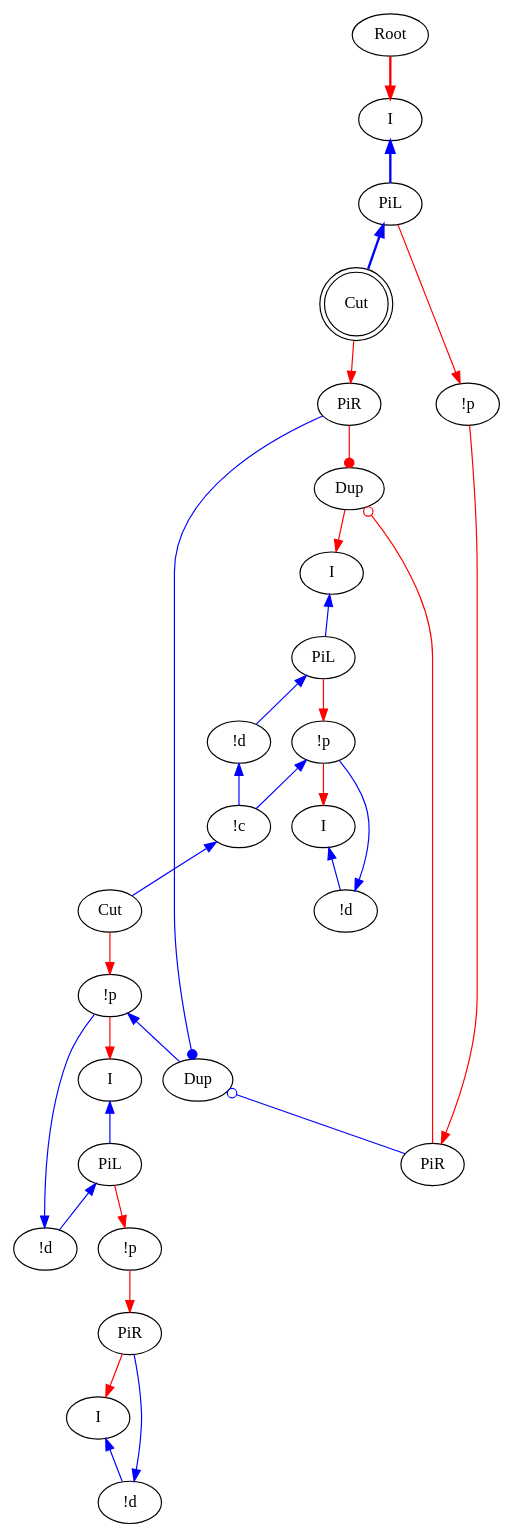
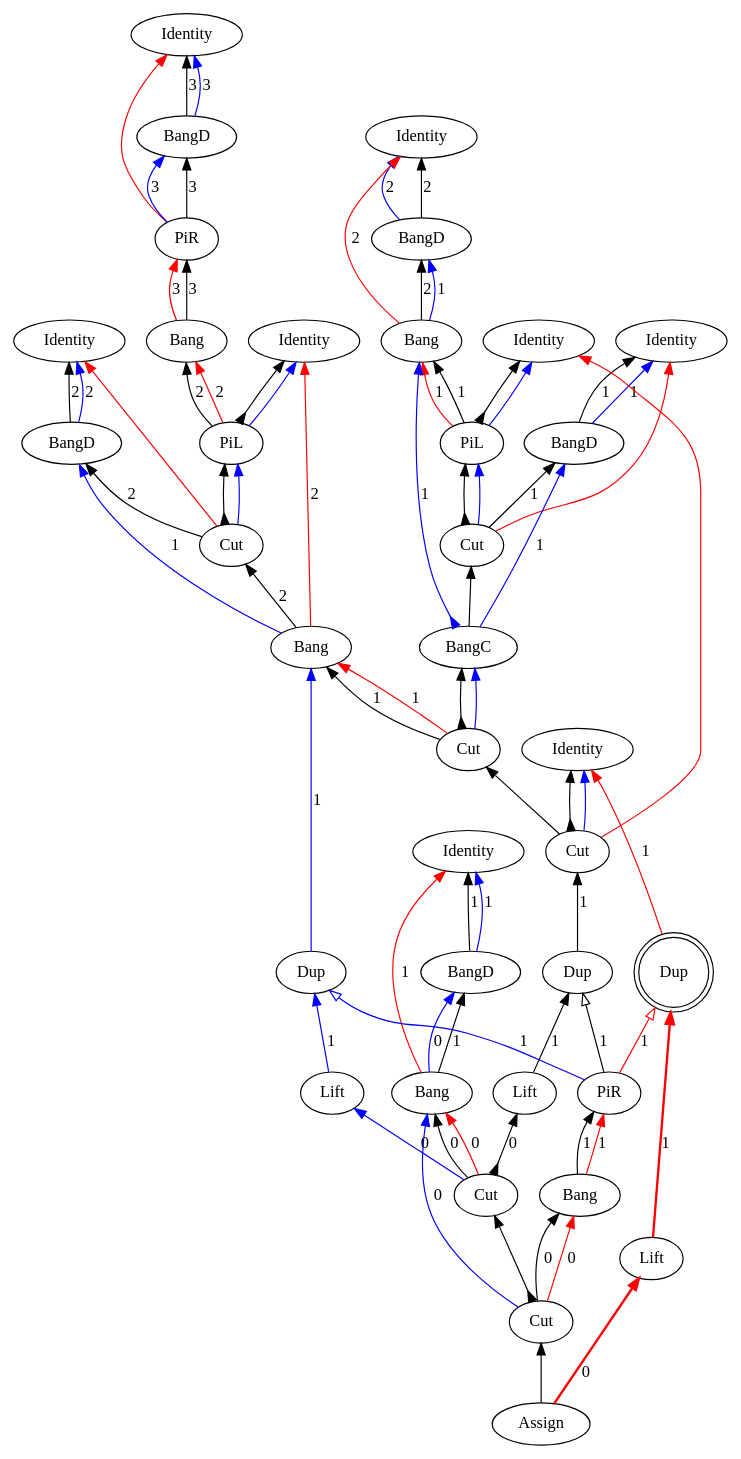
One commit to Mathnerd314/stroscot changed the diagram in src/core/graphs/example_m_12.dot. Above: the diagram before and after it, drawn with Graphviz. The commit also changed 319 other files, not shown here.

```diff
--- a/src/core/graphs/example_m_12.dot
+++ b/src/core/graphs/example_m_12.dot
@@ -1,58 +1,111 @@
 digraph {
-"Root0" [label="Root"]
-"PiL0" [label="PiL"]
-"PiL1" [label="PiL"]
-"!d0" [label="!d"]
-"!c0" [label="!c"]
-"!p0" [label="!p"]
-"I0" [label="I"]
-"!d1" [label="!d"]
-"!p1" [label="!p"]
-"I1" [label="I"]
-"PiL2" [label="PiL"]
-"!d2" [label="!d"]
-"!p2" [label="!p"]
-"I2" [label="I"]
-"!d3" [label="!d"]
-"I3" [label="I"]
-"Cut0" [label="Cut",shape=doublecircle]
-"PiR0" [label="PiR"]
-"Cut1" [label="Cut"]
-"I4" [label="I"]
-"!p3" [label="!p"]
-"PiR1" [label="PiR"]
+rankdir="BT"
+"Identity0" [label="Identity"]
+"BangD1" [label="BangD"]
 "PiR2" [label="PiR"]
-"Dup0_0" [label="Dup"]
-"Dup0_1" [label="Dup"]
-"Cut0" -> "PiR1"[color=red,tooltip="e2"]
-"Dup0_0" -> "PiR1"[color=blue,tooltip="e4",arrowtail=dot,dir=back]
-"Dup0_0" -> "PiR2"[color=blue,tooltip="e5",arrowtail=odot,dir=back]
-"PiR1" -> "Dup0_1"[color=red,tooltip="e6",arrowhead=dot]
-"PiR2" -> "Dup0_1"[color=red,tooltip="e7",arrowhead=odot]
-"!p1" -> "Dup0_0"[color=blue,tooltip="h",dir=back]
-"!d2" -> "!p1"[color=blue,tooltip="hj",dir=back]
-"I1" -> "PiL2"[color=blue,tooltip="hl2",dir=back]
-"PiL2" -> "!d2"[color=blue,tooltip="hl21",dir=back]
-"!p2" -> "PiR0"[color=red,tooltip="hl2i"]
-"PiL2" -> "!p2"[color=red,tooltip="hl2p"]
-"!p1" -> "I1"[color=red,tooltip="hli"]
-"Cut1" -> "!p1"[color=red,tooltip="hlp"]
-"Dup0_1" -> "I4"[color=red,tooltip="hr"]
-"!d3" -> "PiR0"[color=blue,tooltip="i",dir=back]
-"I2" -> "!d3"[color=blue,tooltip="il",dir=back]
-"PiR0" -> "I2"[color=red,tooltip="ir"]
-"Root0" -> "I3"[color=red,tooltip="rettop",penwidth=2]
-"I3" -> "PiL0"[color=blue,tooltip="xl",penwidth=2,dir=back]
-"PiL0" -> "Cut0"[color=blue,tooltip="xl1",penwidth=2,dir=back]
-"!p3" -> "PiR2"[color=red,tooltip="xli"]
-"PiL0" -> "!p3"[color=red,tooltip="xlp"]
-"!c0" -> "Cut1"[color=blue,tooltip="y",dir=back]
-"!d0" -> "!c0"[color=blue,tooltip="y1",dir=back]
-"!p0" -> "!c0"[color=blue,tooltip="y2",dir=back]
-"!d1" -> "!p0"[color=blue,tooltip="yj",dir=back]
-"I4" -> "PiL1"[color=blue,tooltip="yl",dir=back]
-"PiL1" -> "!d0"[color=blue,tooltip="yl1",dir=back]
-"I0" -> "!d1"[color=blue,tooltip="yl2",dir=back]
-"!p0" -> "I0"[color=red,tooltip="yli"]
-"PiL1" -> "!p0"[color=red,tooltip="ylp"]
+"Bang3" [label="Bang"]
+"Identity4" [label="Identity"]
+"PiL5" [label="PiL"]
+"Identity6" [label="Identity"]
+"BangD7" [label="BangD"]
+"Cut8" [label="Cut"]
+"Bang9" [label="Bang"]
+"Identity10" [label="Identity"]
+"Identity11" [label="Identity"]
+"BangD12" [label="BangD"]
+"Bang13" [label="Bang"]
+"Identity14" [label="Identity"]
+"PiL15" [label="PiL"]
+"Identity16" [label="Identity"]
+"BangD17" [label="BangD"]
+"Cut18" [label="Cut"]
+"BangC19" [label="BangC"]
+"Identity20" [label="Identity"]
+"BangD21" [label="BangD"]
+"Bang22" [label="Bang"]
+"Assign23" [label="Assign"]
+"Cut24" [label="Cut"]
+"Cut25" [label="Cut"]
+"Bang26" [label="Bang"]
+"Cut27" [label="Cut"]
+"PiR28" [label="PiR"]
+"Dup29" [label="Dup"]
+"Dup30" [label="Dup"]
+"Dup31" [label="Dup",shape=doublecircle]
+"Lift32" [label="Lift"]
+"Lift33" [label="Lift"]
+"Lift34" [label="Lift"]
+"Cut35" [label="Cut"]
+"Bang22" -> "BangD21"[color=black,weight=5,tooltip="c_bseq24",label="1",arrowhead=normal,arrowtail=none,dir=both]
+"Bang13" -> "BangD12"[color=black,weight=5,tooltip="c_bseq58",label="2",arrowhead=normal,arrowtail=none,dir=both]
+"Bang9" -> "Cut8"[color=black,weight=5,tooltip="c_bseq67",label="2",arrowhead=normal,arrowtail=none,dir=both]
+"Bang3" -> "PiR2"[color=black,weight=5,tooltip="c_bseq79",label="3",arrowhead=normal,arrowtail=none,dir=both]
+"Bang26" -> "PiR28"[color=black,weight=5,tooltip="c_bseq91",label="1",arrowhead=normal,arrowtail=none,dir=both]
+"Cut18" -> "PiL15"[color=black,weight=5,tooltip="c_lseq46",arrowhead=normal,arrowtail=inv,dir=both]
+"Cut8" -> "PiL5"[color=black,weight=5,tooltip="c_lseq68",arrowhead=normal,arrowtail=inv,dir=both]
+"Cut18" -> "BangD17"[color=black,weight=5,tooltip="c_rseq47",label="1",arrowhead=normal,arrowtail=none,dir=both]
+"Cut8" -> "BangD7"[color=black,weight=5,tooltip="c_rseq69",label="2",arrowhead=normal,arrowtail=none,dir=both]
+"Cut35" -> "Bang22"[color=black,weight=5,tooltip="dseq20",label="0",arrowhead=normal,arrowtail=none,dir=both]
+"PiL15" -> "Bang13"[color=black,weight=5,tooltip="dseq54",label="1",arrowhead=normal,arrowtail=none,dir=both]
+"Cut24" -> "Bang9"[color=black,weight=5,tooltip="dseq63",label="1",arrowhead=normal,arrowtail=none,dir=both]
+"PiL5" -> "Bang3"[color=black,weight=5,tooltip="dseq76",label="2",arrowhead=normal,arrowtail=none,dir=both]
+"Cut27" -> "Bang26"[color=black,weight=5,tooltip="dseq93",label="0",arrowhead=normal,arrowtail=none,dir=both]
+"Lift33" -> "Dup30"[color=blue,weight=2,tooltip="h101",label="1",arrowhead=normal,arrowtail=none,dir=both]
+"PiR28" -> "Dup30"[color=blue,weight=2,tooltip="h105",label="1",arrowhead=onormal,arrowtail=none,dir=both]
+"Cut35" -> "Lift33"[color=blue,weight=2,tooltip="h109",label="0",arrowhead=normal,arrowtail=none,dir=both]
+"Dup30" -> "Bang9"[color=blue,weight=2,tooltip="h34",label="1",arrowhead=normal,arrowtail=none,dir=both]
+"Bang9" -> "BangD7"[color=blue,weight=2,tooltip="hf65",label="1",arrowhead=normal,arrowtail=none,dir=both]
+"BangD7" -> "Identity6"[color=blue,weight=2,tooltip="hret73",label="2",arrowhead=normal,arrowtail=none,dir=both]
+"BangD7" -> "Identity6"[color=black,weight=5,tooltip="hseq72",label="2",arrowhead=normal,arrowtail=none,dir=both]
+"PiR2" -> "BangD1"[color=blue,weight=2,tooltip="i81",label="3",arrowhead=normal,arrowtail=none,dir=both]
+"PiL15" -> "Identity14"[color=black,weight=5,tooltip="idseq55",arrowhead=normal,arrowtail=inv,dir=both]
+"Cut25" -> "Identity10"[color=black,weight=5,tooltip="idseq64",arrowhead=normal,arrowtail=inv,dir=both]
+"PiL5" -> "Identity4"[color=black,weight=5,tooltip="idseq77",arrowhead=normal,arrowtail=inv,dir=both]
+"BangD1" -> "Identity0"[color=blue,weight=2,tooltip="iret84",label="3",arrowhead=normal,arrowtail=none,dir=both]
+"BangD1" -> "Identity0"[color=black,weight=5,tooltip="iseq83",label="3",arrowhead=normal,arrowtail=none,dir=both]
+"PiL15" -> "Identity14"[color=blue,weight=2,tooltip="lret53",arrowhead=normal,arrowtail=none,dir=both]
+"Cut25" -> "Identity10"[color=blue,weight=2,tooltip="lret62",arrowhead=normal,arrowtail=none,dir=both]
+"PiL5" -> "Identity4"[color=blue,weight=2,tooltip="lret75",arrowhead=normal,arrowtail=none,dir=both]
+"Cut18" -> "PiL15"[color=blue,weight=2,tooltip="lval48",arrowhead=normal,arrowtail=none,dir=both]
+"Cut8" -> "PiL5"[color=blue,weight=2,tooltip="lval70",arrowhead=normal,arrowtail=none,dir=both]
+"Cut35" -> "Bang22"[color=red,weight=2,tooltip="newrret18",label="0",arrowhead=normal,arrowtail=none,dir=both]
+"PiL15" -> "Bang13"[color=red,weight=2,tooltip="newrret52",label="1",arrowhead=normal,arrowtail=none,dir=both]
+"Cut24" -> "Bang9"[color=red,weight=2,tooltip="newrret61",label="1",arrowhead=normal,arrowtail=none,dir=both]
+"PiL5" -> "Bang3"[color=red,weight=2,tooltip="newrret74",label="2",arrowhead=normal,arrowtail=none,dir=both]
+"Cut27" -> "Bang26"[color=red,weight=2,tooltip="newrret94",label="0",arrowhead=normal,arrowtail=none,dir=both]
+"Bang22" -> "Identity20"[color=red,weight=2,tooltip="newrretf23",label="1",arrowhead=normal,arrowtail=none,dir=both]
+"Bang13" -> "Identity11"[color=red,weight=2,tooltip="newrretf57",label="2",arrowhead=normal,arrowtail=none,dir=both]
+"Bang9" -> "Identity4"[color=red,weight=2,tooltip="newrretf66",label="2",arrowhead=normal,arrowtail=none,dir=both]
+"Bang3" -> "PiR2"[color=red,weight=2,tooltip="newrretf78",label="3",arrowhead=normal,arrowtail=none,dir=both]
+"Bang26" -> "PiR28"[color=red,weight=2,tooltip="newrretf92",label="1",arrowhead=normal,arrowtail=none,dir=both]
+"Lift34" -> "Dup31"[color=red,weight=2,tooltip="ret102",label="1",arrowhead=normal,arrowtail=none,penwidth=2,dir=both]
+"PiR28" -> "Dup31"[color=red,weight=2,tooltip="ret106",label="1",arrowhead=onormal,arrowtail=none,dir=both]
+"Assign23" -> "Lift34"[color=red,weight=2,tooltip="ret110",label="0",arrowhead=normal,arrowtail=none,penwidth=2,dir=both]
+"Dup31" -> "Identity10"[color=red,weight=2,tooltip="ret35",label="1",arrowhead=normal,arrowtail=none,dir=both]
+"Cut25" -> "Identity14"[color=red,weight=2,tooltip="ret42",arrowhead=normal,arrowtail=none,dir=both]
+"PiR2" -> "Identity0"[color=red,weight=2,tooltip="ret82",arrowhead=normal,arrowtail=none,dir=both]
+"Assign23" -> "Cut27"[color=black,weight=5,tooltip="retseq0",arrowhead=normal,arrowtail=none,dir=both]
+"Cut18" -> "Identity16"[color=red,weight=2,tooltip="rval49",arrowhead=normal,arrowtail=none,dir=both]
+"Cut8" -> "Identity6"[color=red,weight=2,tooltip="rval71",arrowhead=normal,arrowtail=none,dir=both]
+"Lift32" -> "Dup29"[color=black,weight=5,tooltip="seq100",label="1",arrowhead=normal,arrowtail=none,dir=both]
+"PiR28" -> "Dup29"[color=black,weight=5,tooltip="seq104",label="1",arrowhead=onormal,arrowtail=none,dir=both]
+"Cut35" -> "Lift32"[color=black,weight=5,tooltip="seq108",label="0",arrowhead=normal,arrowtail=inv,dir=both]
+"Dup29" -> "Cut25"[color=black,weight=5,tooltip="seq33",label="1",arrowhead=normal,arrowtail=none,dir=both]
+"Cut24" -> "BangC19"[color=black,weight=5,tooltip="seq40",arrowhead=normal,arrowtail=inv,dir=both]
+"BangC19" -> "Cut18"[color=black,weight=5,tooltip="seq45",arrowhead=normal,arrowtail=none,dir=both]
+"PiR2" -> "BangD1"[color=black,weight=5,tooltip="seq80",label="3",arrowhead=normal,arrowtail=none,dir=both]
+"Cut27" -> "Cut35"[color=black,weight=5,tooltip="seqBC95",arrowhead=normal,arrowtail=inv,dir=both]
+"Cut25" -> "Cut24"[color=black,weight=5,tooltip="seqP86",arrowhead=normal,arrowtail=none,dir=both]
+"Cut27" -> "Bang22"[color=blue,weight=2,tooltip="xB10",label="0",arrowhead=normal,arrowtail=none,dir=both]
+"Bang22" -> "BangD21"[color=blue,weight=2,tooltip="xBf22",label="0",arrowhead=normal,arrowtail=none,dir=both]
+"BangD21" -> "Identity20"[color=blue,weight=2,tooltip="xret26",label="1",arrowhead=normal,arrowtail=none,dir=both]
+"BangD21" -> "Identity20"[color=black,weight=5,tooltip="xseq25",label="1",arrowhead=normal,arrowtail=none,dir=both]
+"Cut24" -> "BangC19"[color=blue,weight=2,tooltip="y41",arrowhead=normal,arrowtail=none,dir=both]
+"BangC19" -> "BangD17"[color=blue,weight=2,tooltip="yA43",label="1",arrowhead=normal,arrowtail=none,dir=both]
+"BangC19" -> "Bang13"[color=blue,weight=2,tooltip="yB44",label="1",arrowhead=normal,arrowtail=inv,dir=both]
+"Bang13" -> "BangD12"[color=blue,weight=2,tooltip="yBf56",label="1",arrowhead=normal,arrowtail=none,dir=both]
+"BangD17" -> "Identity16"[color=blue,weight=2,tooltip="yret51",label="1",arrowhead=normal,arrowtail=none,dir=both]
+"BangD12" -> "Identity11"[color=blue,weight=2,tooltip="yret60",label="2",arrowhead=normal,arrowtail=none,dir=both]
+"BangD17" -> "Identity16"[color=black,weight=5,tooltip="yseq50",label="1",arrowhead=normal,arrowtail=none,dir=both]
+"BangD12" -> "Identity11"[color=black,weight=5,tooltip="yseq59",label="2",arrowhead=normal,arrowtail=none,dir=both]
 }
```
